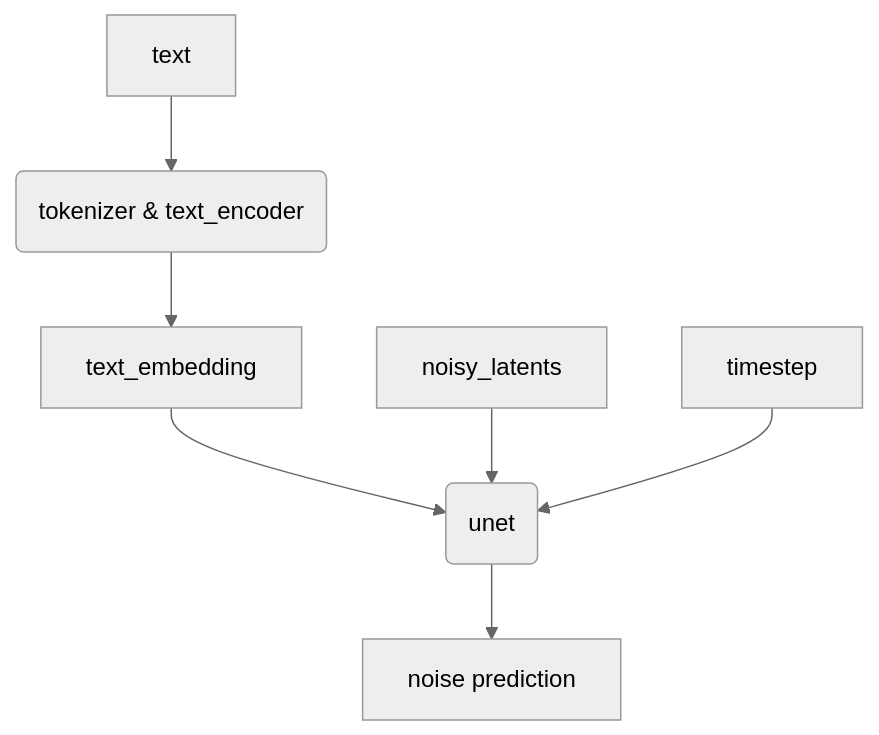
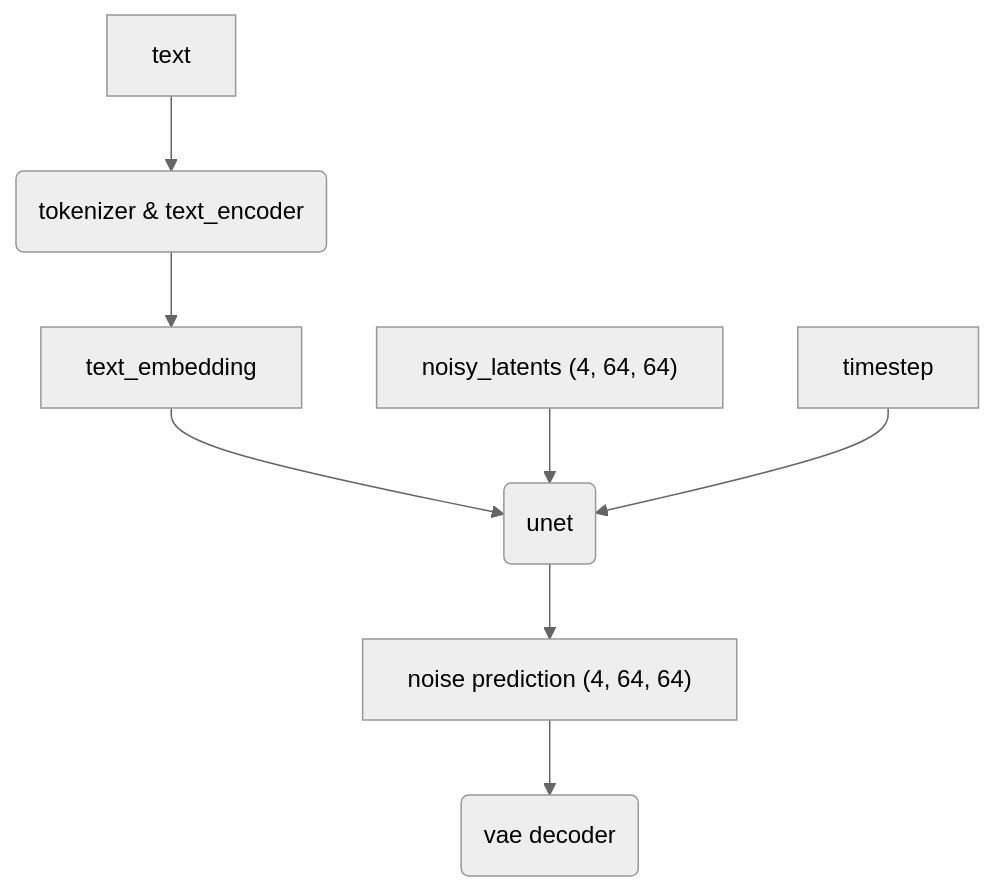
One commit to julyfun/how-to changed the diagram in notes/julyfun/技术学习/diffusion-models-class/unit3-01_stable_diffusion_introduction.md. Above: the diagram before and after it, drawn with Mermaid (neutral theme). The commit also changed other lines of this file, not shown here.

Commit message:
M notes/julyfun/技术学习/diffusion-models-class/unit3-01_stable_diffusion_introduction.md

````diff
--- a/notes/julyfun/技术学习/diffusion-models-class/unit3-01_stable_diffusion_introduction.md
+++ b/notes/julyfun/技术学习/diffusion-models-class/unit3-01_stable_diffusion_introduction.md
@@ -18,8 +21,9 @@
 ```mermaid
 graph
     text --> t(tokenizer & text_encoder) --> e[text_embedding]
     e --> unet(unet)
-    noisy_latents --> unet
+    n["noisy_latents (4, 64, 64)"] --> unet
     timestep --> unet
-    unet --> P[noise prediction]
+    unet --> p["noise prediction (4, 64, 64)"]
+    p --> v_d(vae decoder)
 ```
````
